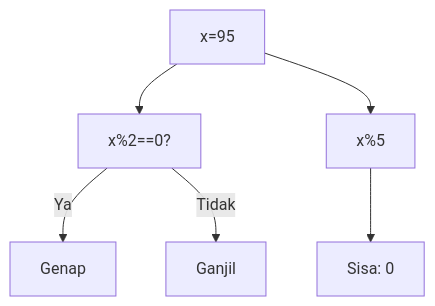
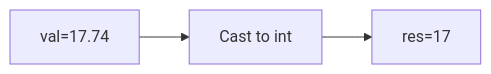
One commit to amnahwaida/OSNK_INF_PREP changed the eighth of 25 diagrams in part-c-pemahaman-cpp/01-tipe-data/latihan/set-05.md. Above: the diagram before and after it, drawn with Mermaid. The commit also changed other lines of this file and 71 other files, not shown here.

````diff
--- a/part-c-pemahaman-cpp/01-tipe-data/latihan/set-05.md
+++ b/part-c-pemahaman-cpp/01-tipe-data/latihan/set-05.md
@@ -176,8 +211,5 @@
 ```mermaid
-graph TD
-A["x=95"] --> B["x%2==0?"]
-B -- Ya --> C["Genap"]
-B -- Tidak --> D["Ganjil"]
-A --> E["x%5"]
-E --> F["Sisa: 0"]
+graph LR
+A["val=17.74"] --> B["Cast to int"]
+B --> C["res=17"]
 ```
````
